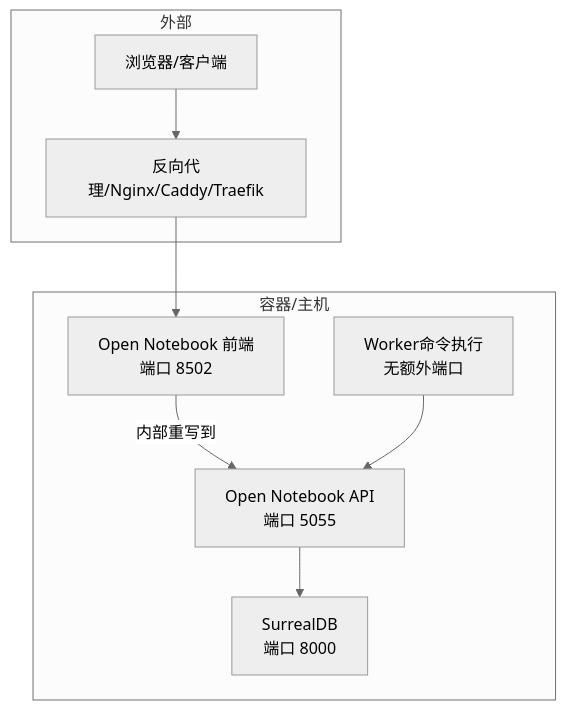
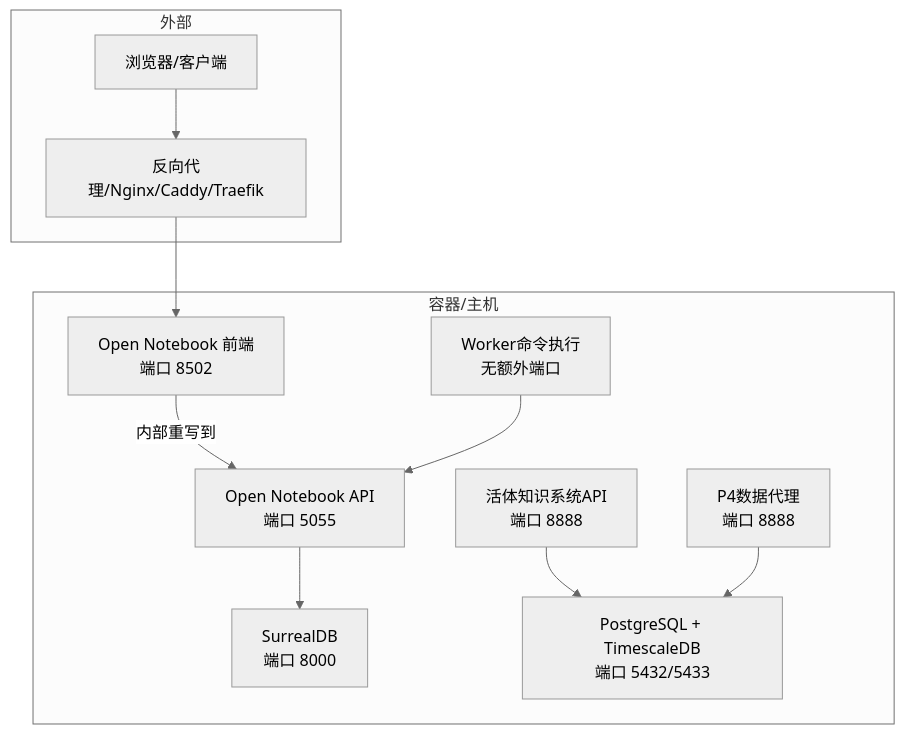
The first of 3 diagrams in .qoder/repowiki/zh/content/安装与部署/安装与部署.md (jackeyunjie/open-notebook), drawn with Mermaid (neutral theme) before and after one commit. The commit also changed other lines of this file and 51 other files, not shown here.

````diff
--- a/.qoder/repowiki/zh/content/安装与部署/安装与部署.md
+++ b/.qoder/repowiki/zh/content/安装与部署/安装与部署.md
@@ -52,18 +64,23 @@
 ```mermaid
 graph TB
 subgraph "容器/主机"
 A["SurrealDB<br/>端口 8000"]
 B["Open Notebook API<br/>端口 5055"]
 C["Open Notebook 前端<br/>端口 8502"]
 D["Worker命令执行<br/>无额外端口"]
+E["活体知识系统API<br/>端口 8888"]
+F["PostgreSQL + TimescaleDB<br/>端口 5432/5433"]
+G["P4数据代理<br/>端口 8888"]
 end
 subgraph "外部"
 U["浏览器/客户端"]
 RP["反向代理/Nginx/Caddy/Traefik"]
 end
 U --> RP
 RP --> C
 C --> |"内部重写到"| B
 B --> A
 D --> B
+E --> F
+G --> F
 ```
````
